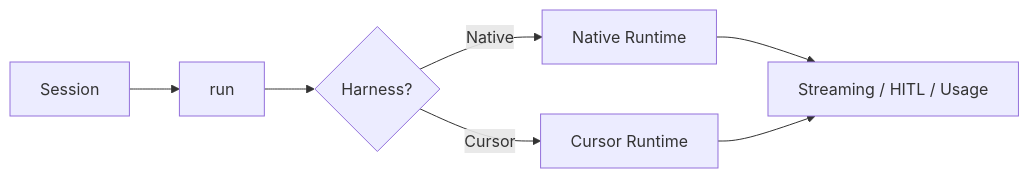
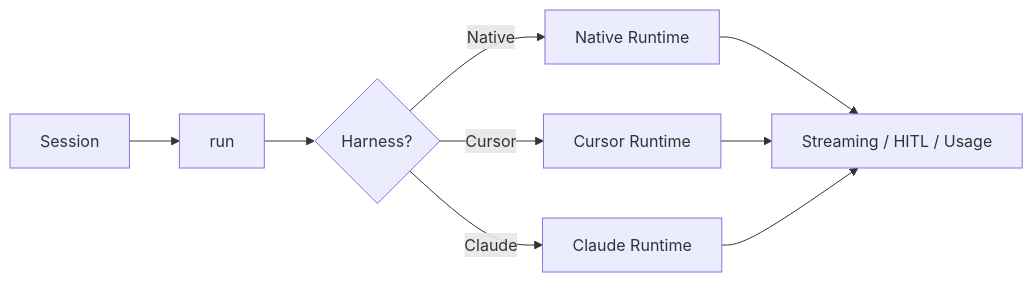
One commit to stigmer/stigmer changed the diagram in docs/concepts/harnesses.mdx. Above: the diagram before and after it, drawn with Mermaid. The commit also changed other lines of this file and 88 other files, not shown here.

````diff
--- a/docs/concepts/harnesses.mdx
+++ b/docs/concepts/harnesses.mdx
@@ -129,9 +161,11 @@
 ```mermaid
 flowchart LR
   S["Session"] --> R["run"]
   R --> D{Harness?}
   D -->|Native| EG["Native Runtime"]
   D -->|Cursor| EC["Cursor Runtime"]
+  D -->|Claude| EA["Claude Runtime"]
   EG --> P["Streaming / HITL / Usage"]
   EC --> P
+  EA --> P
 ```
````
